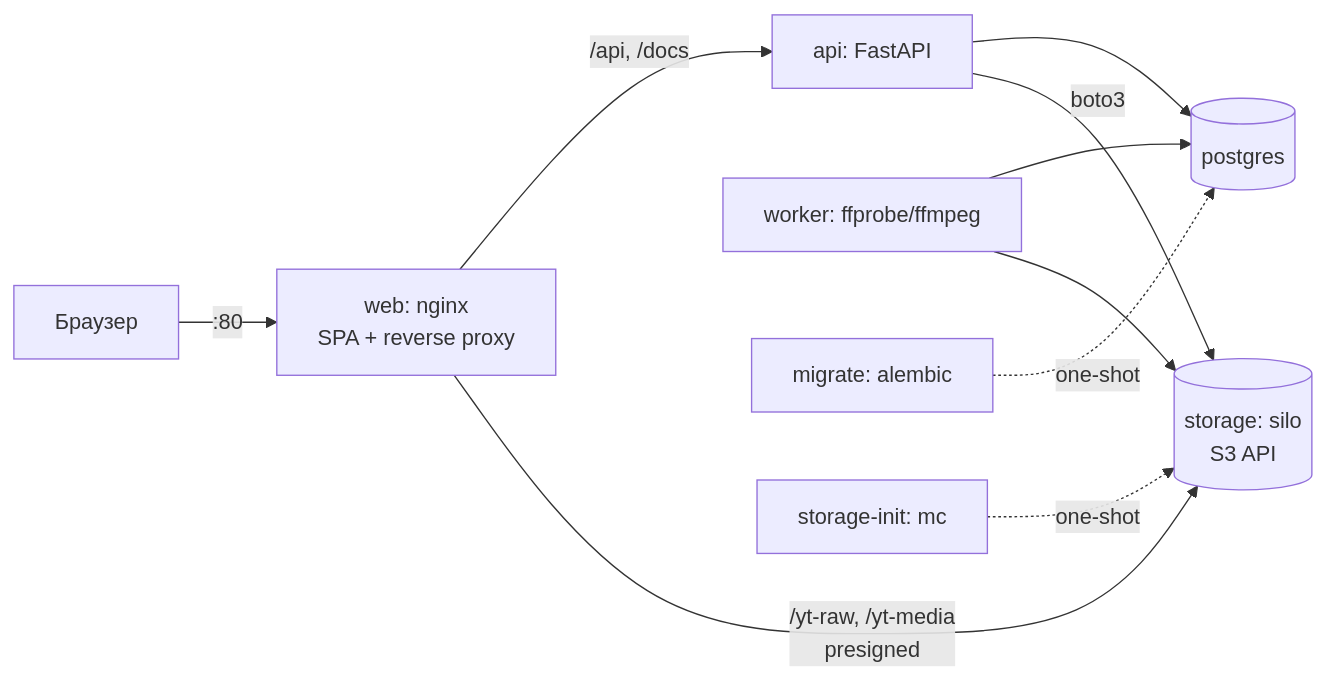
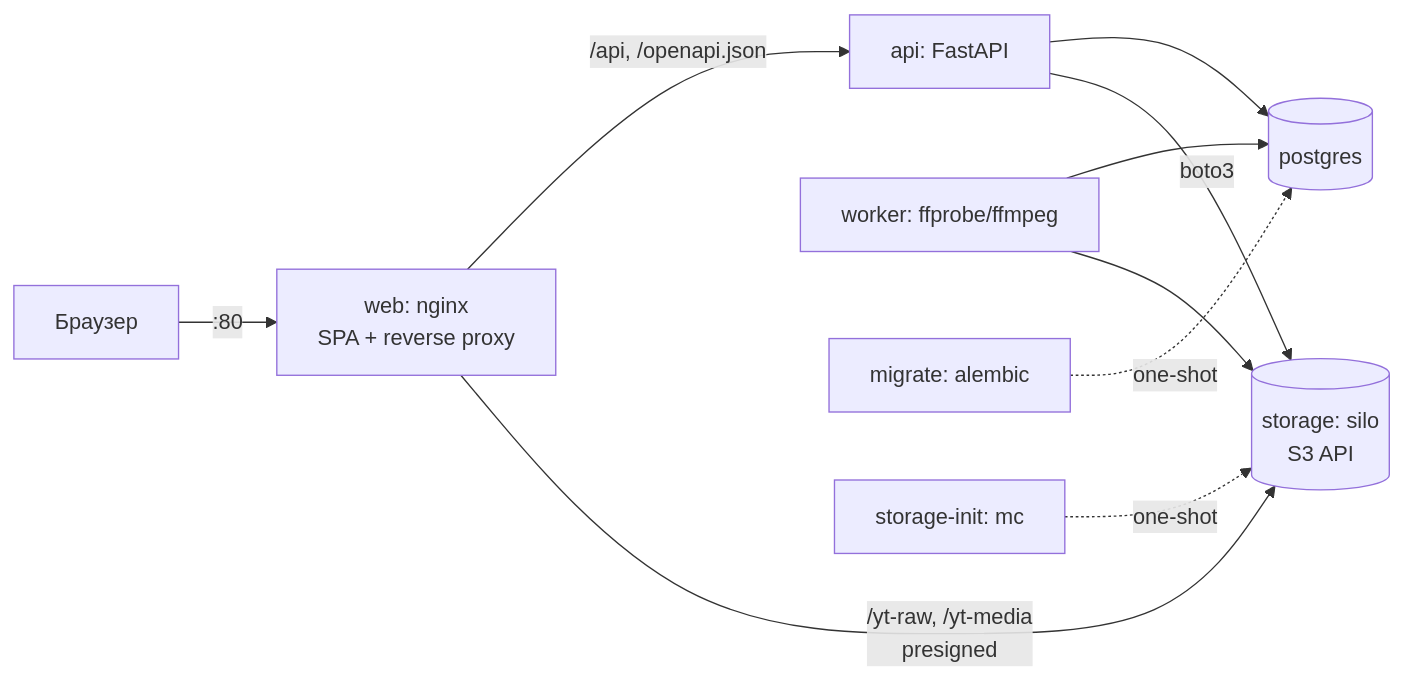
One commit to zvolinskiypvzozon/youtube-clone changed the diagram in docs/architecture.md. Above: the diagram before and after it, drawn with Mermaid. The commit also changed other lines of this file and 1 other file, not shown here.

Commit message:
docs: supply chain and Swagger in security and architecture

````diff
--- a/docs/architecture.md
+++ b/docs/architecture.md
@@ -24,12 +24,12 @@
 ```mermaid
 flowchart LR
     B[Браузер] -->|:80| W[web: nginx<br/>SPA + reverse proxy]
-    W -->|/api, /docs| A[api: FastAPI]
+    W -->|/api, /openapi.json| A[api: FastAPI]
     W -->|/yt-raw, /yt-media<br/>presigned| S[(storage: silo<br/>S3 API)]
     A --> P[(postgres)]
     A -->|boto3| S
     K[worker: ffprobe/ffmpeg] --> P
     K --> S
     M[migrate: alembic] -.->|one-shot| P
     I[storage-init: mc] -.->|one-shot| S
 ```
````
